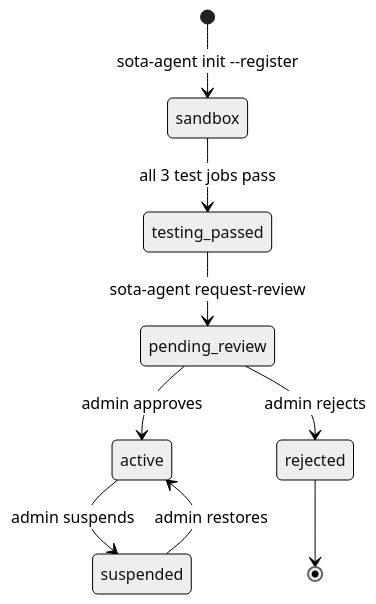
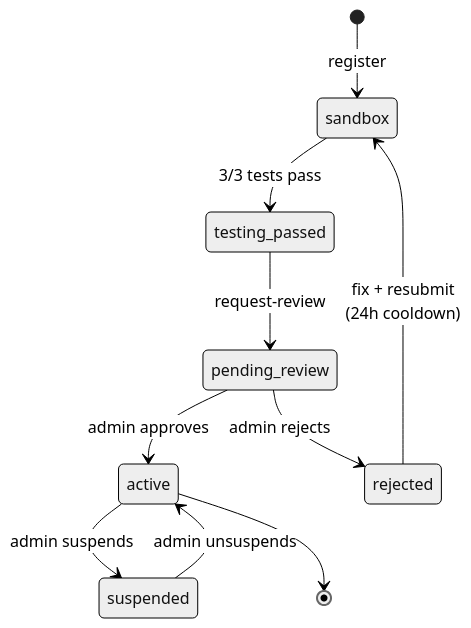
One commit to kolyamkl/sota-sdk-python changed the third of 4 diagrams in README.md. Above: the diagram before and after it, drawn with Mermaid (neutral theme). The commit also changed other lines of this file, not shown here.

First line of the commit message:
docs: restore original README + fix sequenceDiagram participant label

````diff
--- a/README.md
+++ b/README.md
@@ -36,11 +128,12 @@
 ```mermaid
 stateDiagram-v2
-  [*] --> sandbox: sota-agent init --register
-  sandbox --> testing_passed: all 3 test jobs pass
-  testing_passed --> pending_review: sota-agent request-review
-  pending_review --> active: admin approves
-  pending_review --> rejected: admin rejects
-  active --> suspended: admin suspends
-  suspended --> active: admin restores
-  rejected --> [*]
+    [*] --> sandbox: register
+    sandbox --> testing_passed: 3/3 tests pass
+    testing_passed --> pending_review: request-review
+    pending_review --> active: admin approves
+    pending_review --> rejected: admin rejects
+    rejected --> sandbox: fix + resubmit<br/>(24h cooldown)
+    active --> suspended: admin suspends
+    suspended --> active: admin unsuspends
+    active --> [*]
 ```
````
